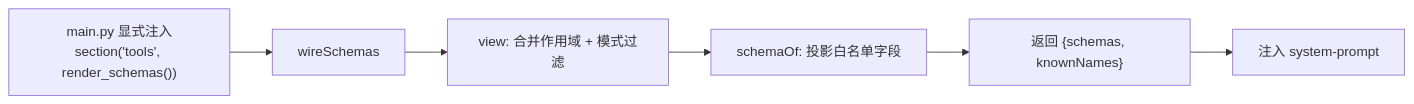
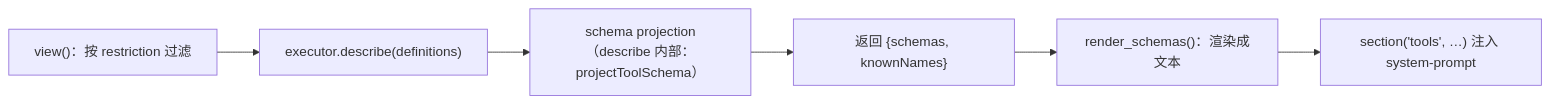
The second of 4 diagrams in ch04/ch04-tools-pipeline_zh.md (ChenYu1991ppak/deepseek-harness-anatomy), drawn with Mermaid before and after one commit. The commit also changed other lines of this file and 124 other files, not shown here.

````diff
--- a/ch04/ch04-tools-pipeline_zh.md
+++ b/ch04/ch04-tools-pipeline_zh.md
@@ -220,8 +259,8 @@
 ```mermaid
 flowchart LR
-    A["main.py 显式注入<br/>section('tools', render_schemas())"] --> B[wireSchemas]
-    B --> C[view: 合并作用域 + 模式过滤]
-    C --> D[schemaOf: 投影白名单字段]
-    D --> E["返回 {schemas, knownNames}"]
-    E --> F[注入 system-prompt]
+    V["view()：按 restriction 过滤"] --> D["executor.describe(definitions)"]
+    D --> P["schema projection<br/>（describe 内部：projectToolSchema）"]
+    P --> E["返回 {schemas, knownNames}"]
+    E --> R["render_schemas()：渲染成文本"]
+    R --> S["section('tools', …) 注入 system-prompt"]
 ```
````
